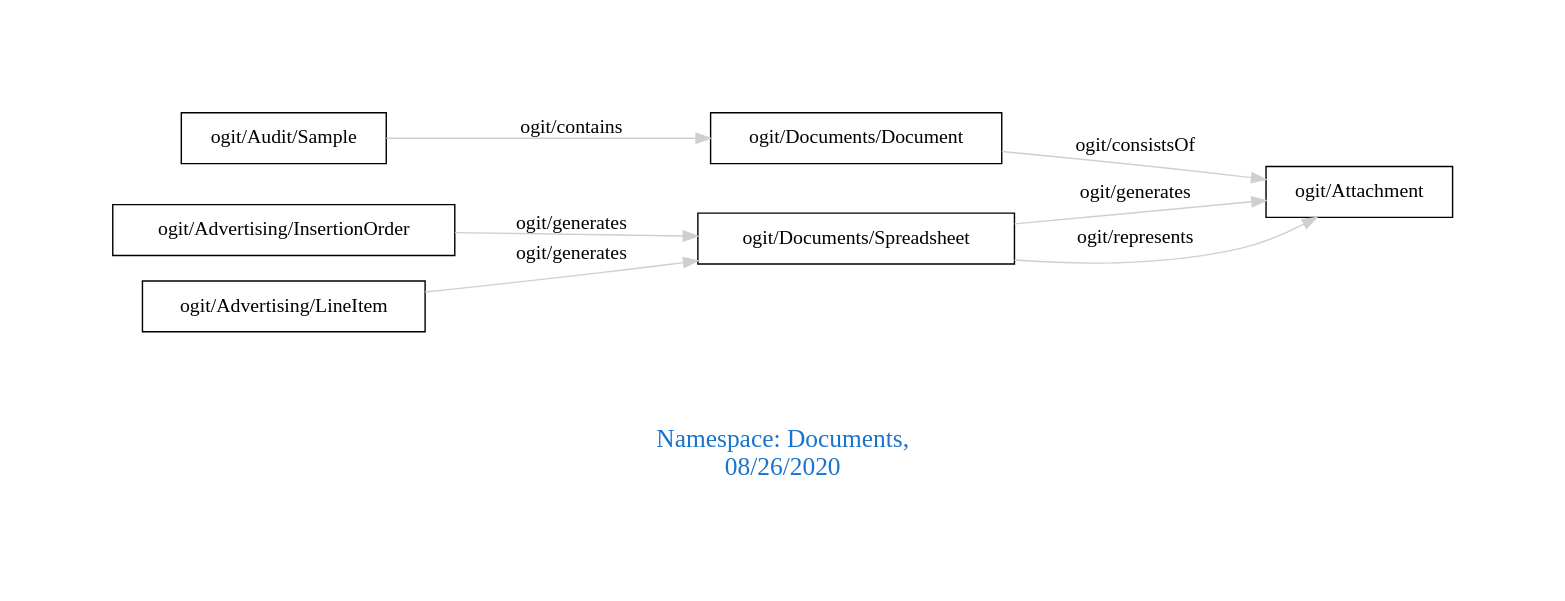
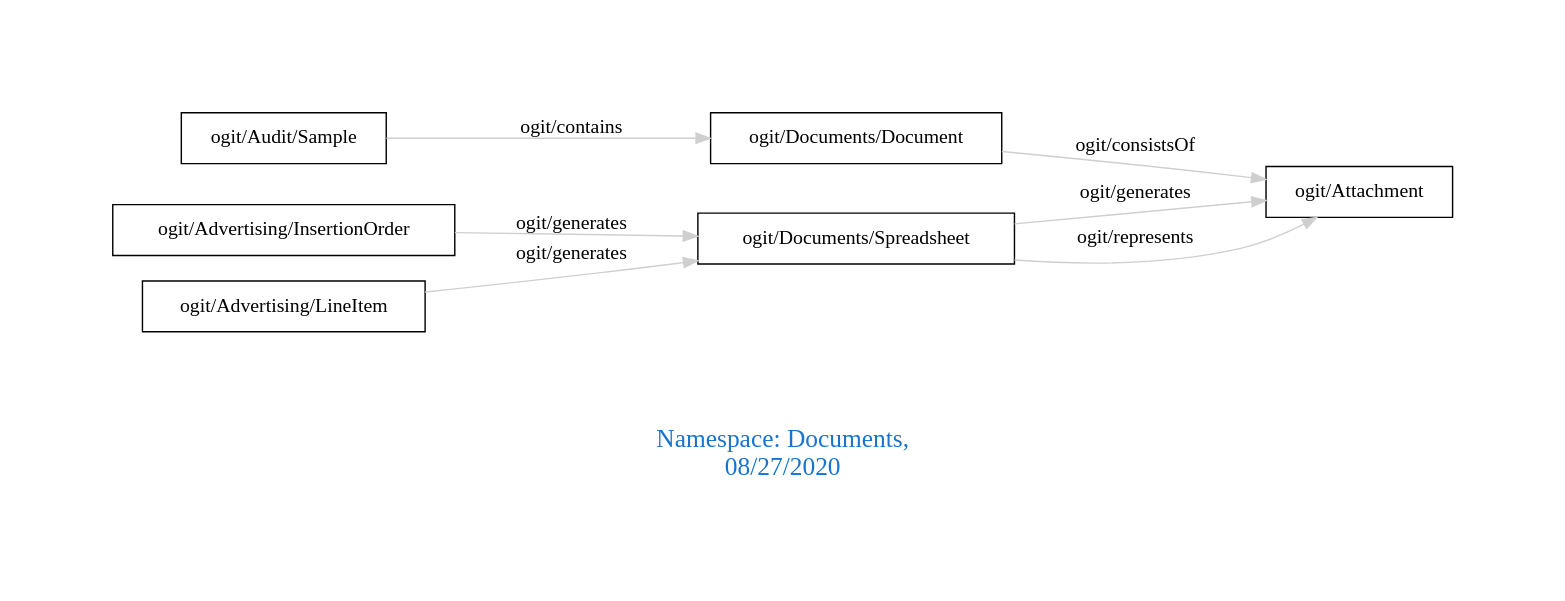
The diagram in downloads/Documents.dot (arago/OGIT), drawn with Graphviz before and after one commit. The commit also changed 1817 other files, not shown here.

```diff
--- a/downloads/Documents.dot
+++ b/downloads/Documents.dot
@@ -1,14 +1,14 @@
 digraph OGIT_ontology {
  graph [ rankdir= LR,pad=1 
 fontsize = 18,
-fontcolor= dodgerblue3,label = "\n\n\nNamespace: Documents, \n 08/26/2020"];
+fontcolor= dodgerblue3,label = "\n\n\nNamespace: Documents, \n 08/27/2020"];
 node[shape=polygon];
 edge [  color="gray81"];
 
    "ogit/Audit/Sample" -> "ogit/Documents/Document" [label="   ogit/contains    "];
    "ogit/Advertising/InsertionOrder" -> "ogit/Documents/Spreadsheet" [label="   ogit/generates    "];
    "ogit/Advertising/LineItem" -> "ogit/Documents/Spreadsheet" [label="   ogit/generates    "];
    "ogit/Documents/Spreadsheet" -> "ogit/Attachment" [label="   ogit/generates    "];
    "ogit/Documents/Spreadsheet" -> "ogit/Attachment" [label="   ogit/represents    "];
    "ogit/Documents/Document" -> "ogit/Attachment" [label="   ogit/consistsOf    "];
 }
```
